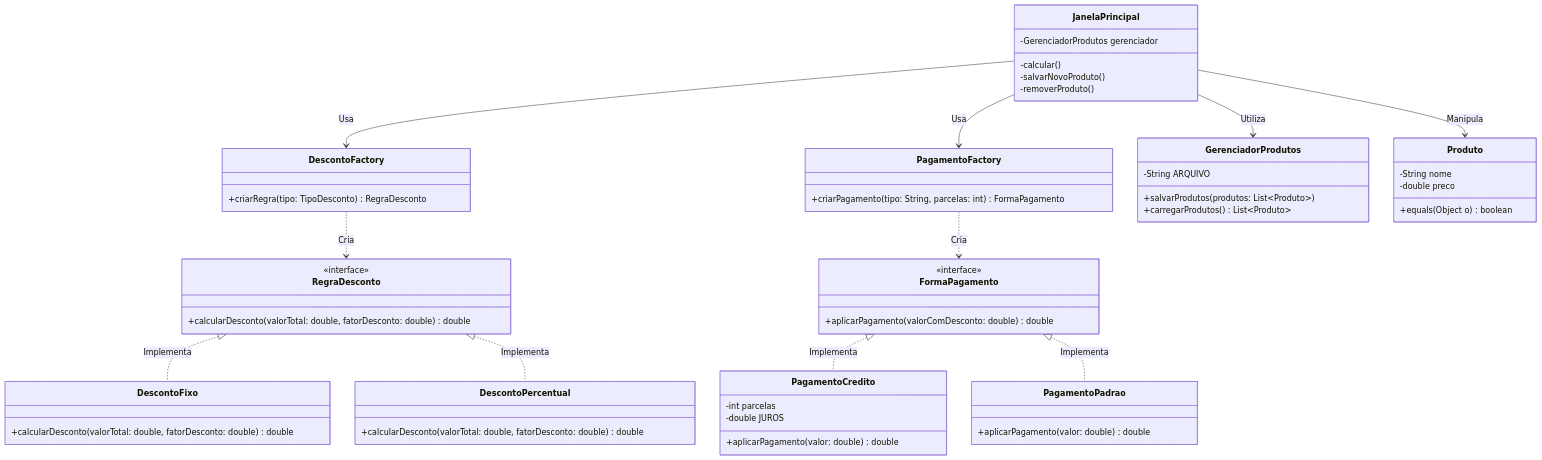
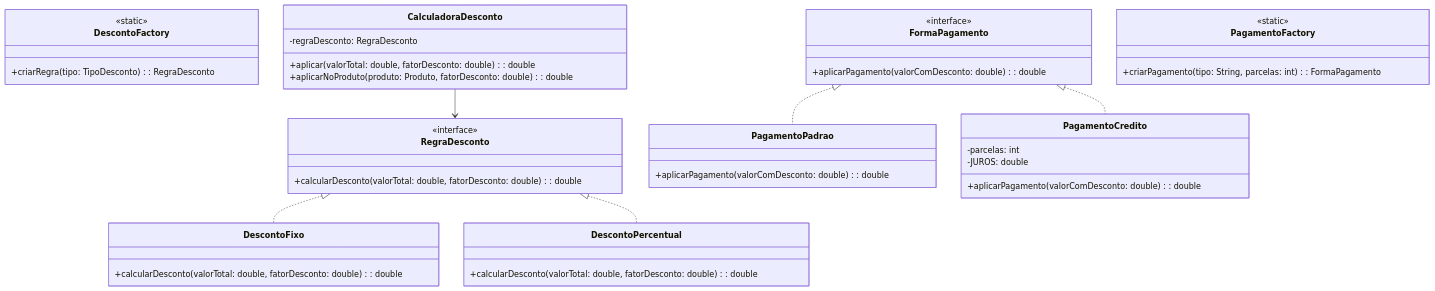
One commit to fellipe0244/TrabalhoA3Lucas202601 changed the diagram in Readme.md. Above: the diagram before and after it, drawn with Mermaid.

````diff
--- a/Readme.md
+++ b/Readme.md
@@ -65,70 +65,50 @@
 ```mermaid
 
 classDiagram
     %% Estrutura de Descontos (Strategy)
     class RegraDesconto {
         <<interface>>
-        +calcularDesconto(valorTotal: double, fatorDesconto: double) double
+        +calcularDesconto(valorTotal: double, fatorDesconto: double): double
     }
     class DescontoFixo {
-        +calcularDesconto(valorTotal: double, fatorDesconto: double) double
+        +calcularDesconto(valorTotal: double, fatorDesconto: double): double
     }
     class DescontoPercentual {
-        +calcularDesconto(valorTotal: double, fatorDesconto: double) double
+        +calcularDesconto(valorTotal: double, fatorDesconto: double): double
+    }
+    class DescontoFactory {
+        <<static>>
+        +criarRegra(tipo: TipoDesconto): RegraDesconto
+    }
+    class CalculadoraDesconto {
+        -regraDesconto: RegraDesconto
+        +aplicar(valorTotal: double, fatorDesconto: double): double
+        +aplicarNoProduto(produto: Produto, fatorDesconto: double): double
     }
 
     %% Estrutura de Pagamentos (Strategy)
     class FormaPagamento {
         <<interface>>
-        +aplicarPagamento(valorComDesconto: double) double
+        +aplicarPagamento(valorComDesconto: double): double
+    }
+    class PagamentoPadrao {
+        +aplicarPagamento(valorComDesconto: double): double
     }
     class PagamentoCredito {
-        -int parcelas
-        -double JUROS
-        +aplicarPagamento(valor: double) double
+        -parcelas: int
+        -JUROS: double
+        +aplicarPagamento(valorComDesconto: double): double
     }
-    class PagamentoPadrao {
-        +aplicarPagamento(valor: double) double
+    class PagamentoFactory {
+        <<static>>
+        +criarPagamento(tipo: String, parcelas: int): FormaPagamento
     }
 
-    %% Fábricas e Gerenciadores
-    class DescontoFactory {
-        +criarRegra(tipo: TipoDesconto) RegraDesconto
-    }
-    class PagamentoFactory {
-        +criarPagamento(tipo: String, parcelas: int) FormaPagamento
-    }
-    class GerenciadorProdutos {
-        -String ARQUIVO
-        +salvarProdutos(produtos: List~Produto~)
-        +carregarProdutos() List~Produto~
-    }
-
-    %% Interface e Entidades
-    class JanelaPrincipal {
-        -GerenciadorProdutos gerenciador
-        -calcular()
-        -salvarNovoProduto()
-        -removerProduto()
-    }
-    class Produto {
-        -String nome
-        -double preco
-        +equals(Object o) boolean
-    }
-
-    %% Relacionamentos
-    RegraDesconto <|.. DescontoFixo : Implementa
-    RegraDesconto <|.. DescontoPercentual : Implementa
-    FormaPagamento <|.. PagamentoCredito : Implementa
-    FormaPagamento <|.. PagamentoPadrao : Implementa
-    
-    DescontoFactory ..> RegraDesconto : Cria
-    PagamentoFactory ..> FormaPagamento : Cria
-    
-    JanelaPrincipal --> GerenciadorProdutos : Utiliza
-    JanelaPrincipal --> Produto : Manipula
-    JanelaPrincipal --> DescontoFactory : Usa
-    JanelaPrincipal --> PagamentoFactory : Usa
+    %% Relações
+    RegraDesconto <|.. DescontoFixo
+    RegraDesconto <|.. DescontoPercentual
+    FormaPagamento <|.. PagamentoPadrao
+    FormaPagamento <|.. PagamentoCredito
+    CalculadoraDesconto --> RegraDesconto
 
 ```
````
